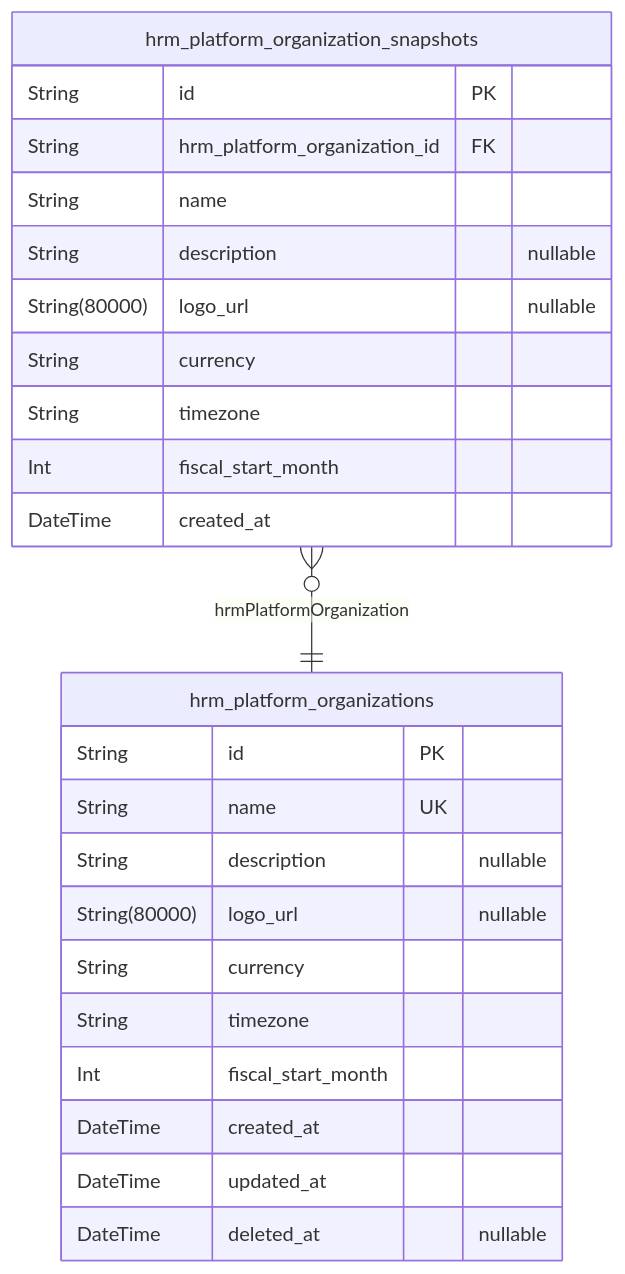
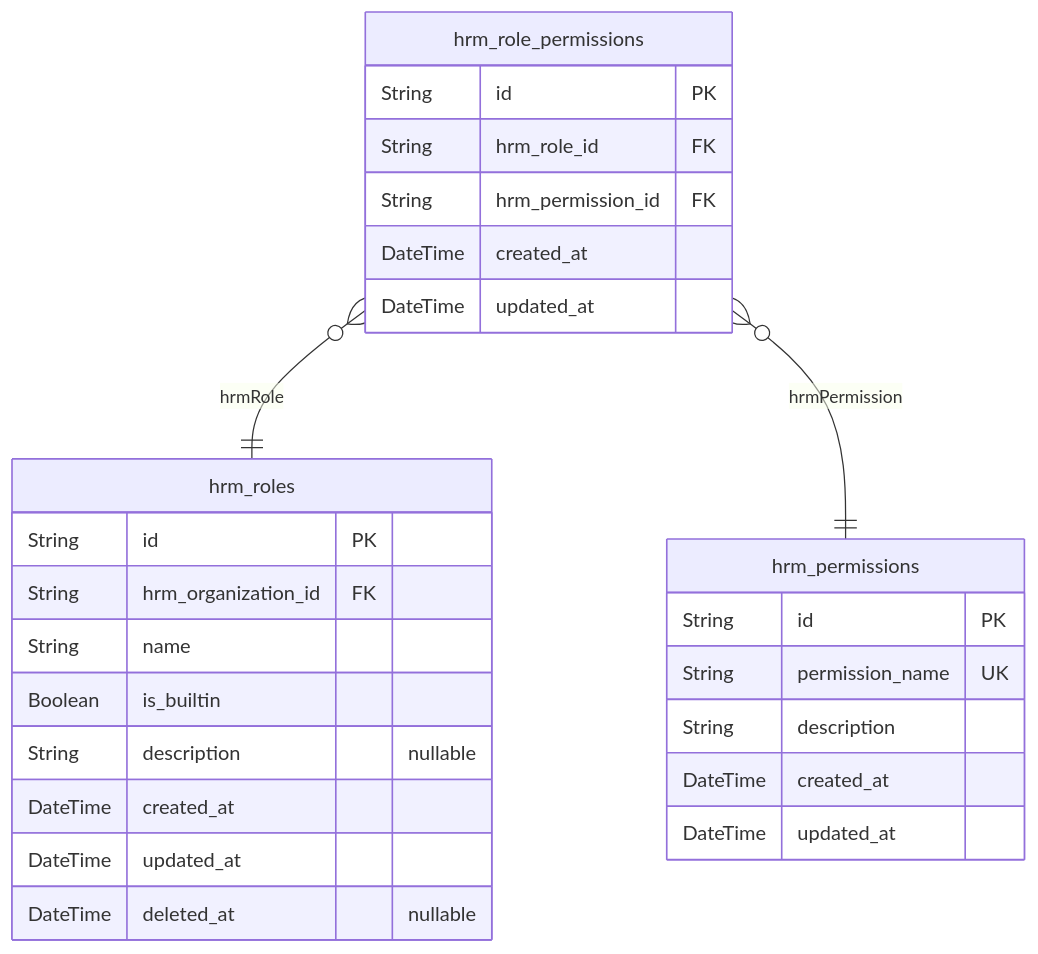
Before and after one commit to wrtnlabs/autobe-examples: the fourth of 9 diagrams in qwen/qwen3.5-122b-a10b/erp/docs/ERD.md, drawn with Mermaid. The commit also changed other lines of this file and 32093 other files, not shown here.

````diff
--- a/qwen/qwen3.5-122b-a10b/erp/docs/ERD.md
+++ b/qwen/qwen3.5-122b-a10b/erp/docs/ERD.md
@@ -212,27 +1048,29 @@
 ```mermaid
 erDiagram
-"hrm_platform_organizations" {
+"hrm_roles" {
   String id PK
-  String name UK
+  String hrm_organization_id FK
+  String name
+  Boolean is_builtin
   String description "nullable"
-  String(80000) logo_url "nullable"
-  String currency
-  String timezone
-  Int fiscal_start_month
   DateTime created_at
   DateTime updated_at
   DateTime deleted_at "nullable"
 }
-"hrm_platform_organization_snapshots" {
+"hrm_permissions" {
   String id PK
-  String hrm_platform_organization_id FK
-  String name
-  String description "nullable"
-  String(80000) logo_url "nullable"
-  String currency
-  String timezone
-  Int fiscal_start_month
+  String permission_name UK
+  String description
   DateTime created_at
+  DateTime updated_at
 }
-"hrm_platform_organization_snapshots" }o--|| "hrm_platform_organizations" : hrmPlatformOrganization
+"hrm_role_permissions" {
+  String id PK
+  String hrm_role_id FK
+  String hrm_permission_id FK
+  DateTime created_at
+  DateTime updated_at
+}
+"hrm_role_permissions" }o--|| "hrm_roles" : hrmRole
+"hrm_role_permissions" }o--|| "hrm_permissions" : hrmPermission
 ```
````
